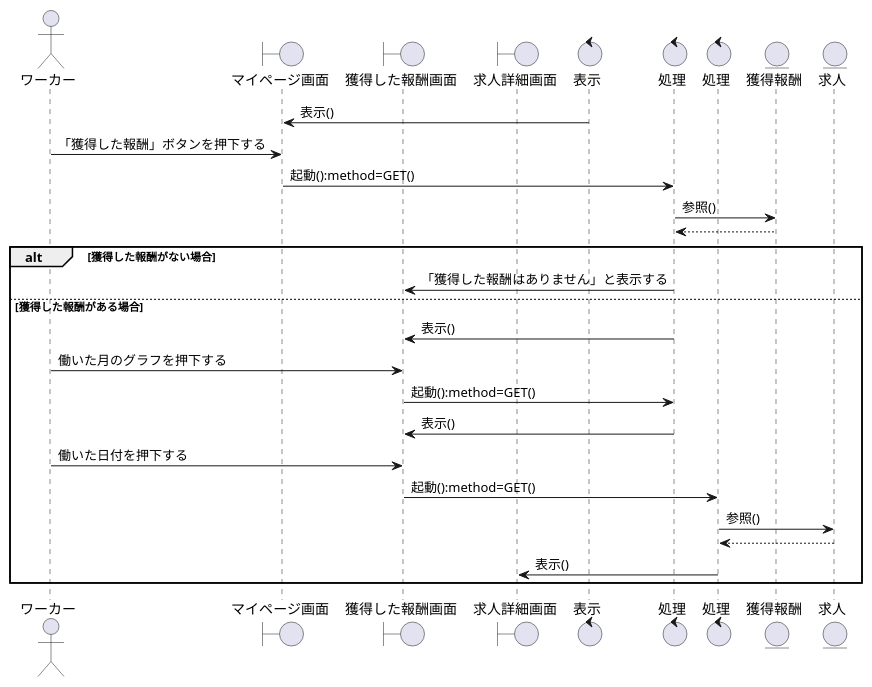
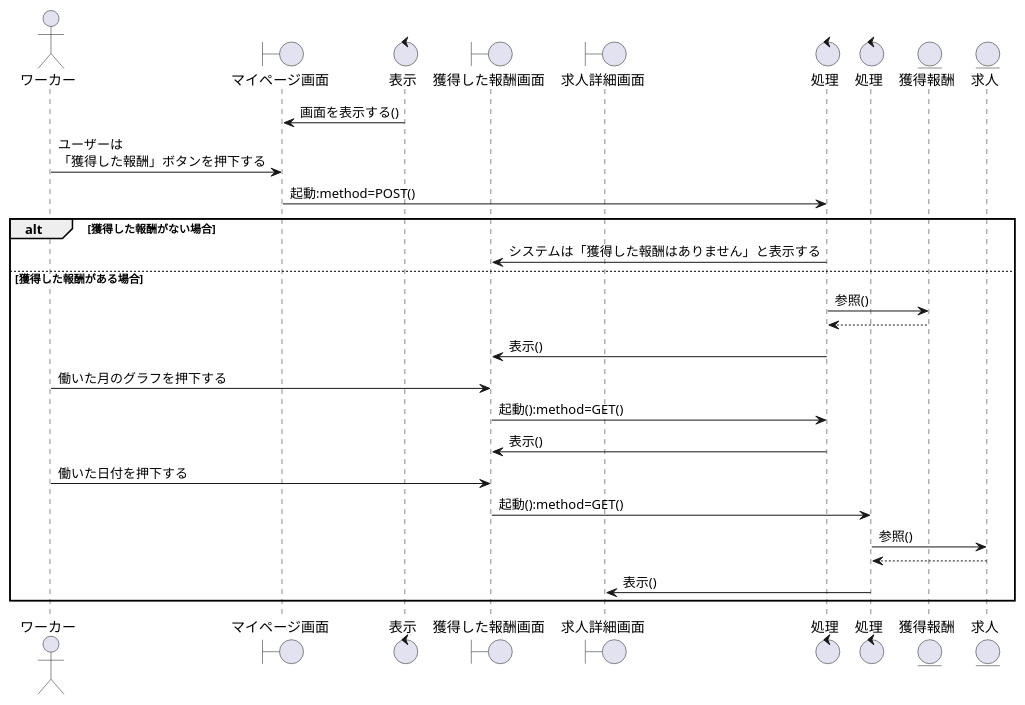
The diagram in sequence_fig/7_acconts_fn/09_獲得した報酬を閲覧する.pu (irukacb256/high_Me), drawn with PlantUML before and after one commit. The commit also changed 13 other files, not shown here.

```diff
--- a/sequence_fig/7_acconts_fn/09_獲得した報酬を閲覧する.pu
+++ b/sequence_fig/7_acconts_fn/09_獲得した報酬を閲覧する.pu
@@ -1,40 +1,40 @@
 @startuml 獲得した報酬を閲覧する
 
 actor ワーカー as wo1
 
 boundary マイページ画面 as bo1
+control 表示 as co1
 boundary 獲得した報酬画面 as bo2
 boundary 求人詳細画面 as bo3
 
-control 表示 as co1
 control 処理 as co2
 control 処理 as co3
 
 entity 獲得報酬 as en1
 entity 求人 as en2
 
-co1 -> bo1:表示()
-wo1 -> bo1:「獲得した報酬」ボタンを押下する
-bo1 -> co2:起動():method=GET()
-co2 -> en1:参照()
-en1 --> co2
+co1 -> bo1:画面を表示する()
+wo1 -> bo1:ユーザーは\n「獲得した報酬」ボタンを押下する
+bo1 -> co2:起動:method=POST()
 
 alt 獲得した報酬がない場合
-    co2 -> bo2:「獲得した報酬はありません」と表示する
+    co2 -> bo2:システムは「獲得した報酬はありません」と表示する
 
 else 獲得した報酬がある場合
+    co2 -> en1:参照()
+    en1 --> co2
     co2 -> bo2:表示()
 
     wo1 -> bo2:働いた月のグラフを押下する
     bo2 -> co2:起動():method=GET()
     co2 -> bo2:表示()
 
     wo1 -> bo2:働いた日付を押下する
     bo2 -> co3:起動():method=GET()
     co3 -> en2:参照()
     en2 --> co3
     co3 -> bo3:表示()
 
 end
 
 @enduml
```
